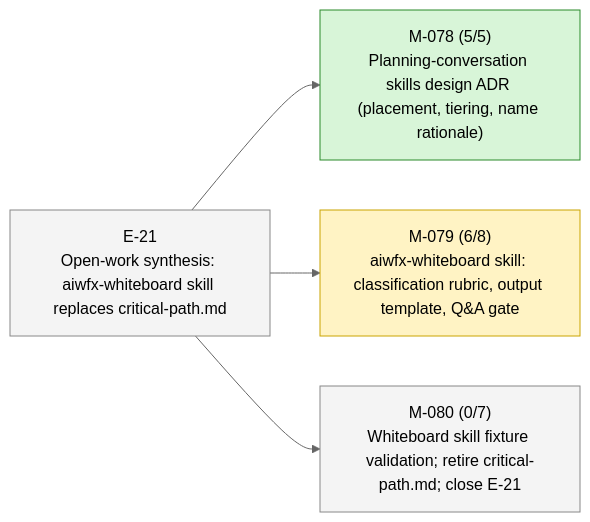
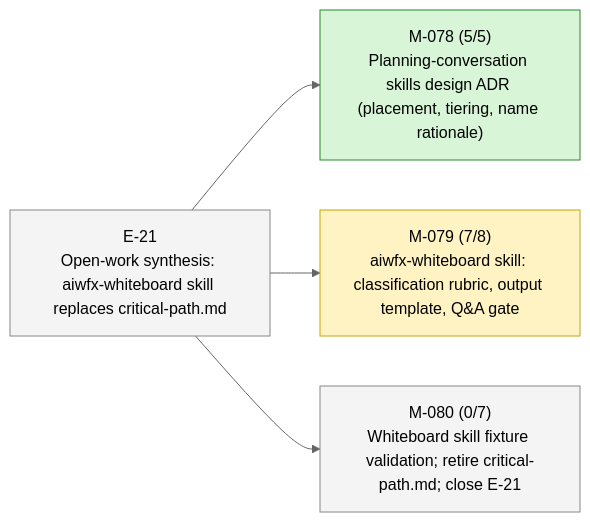
Before and after one commit to 23min/aiwf: the second of 2 diagrams in STATUS.md, drawn with Mermaid (neutral theme). The commit also changed other lines of this file and 1 other file, not shown here.

````diff
--- a/STATUS.md
+++ b/STATUS.md
@@ -47,16 +47,16 @@
 ```mermaid
 flowchart LR
   E_21["E-21<br/>Open-work synthesis: aiwfx-whiteboard skill replaces critical-path.md"]:::epic_proposed
   M_078["M-078 (5/5)<br/>Planning-conversation skills design ADR (placement, tiering, name rationale)"]:::ms_done
   E_21 --> M_078
-  M_079["M-079 (6/8)<br/>aiwfx-whiteboard skill: classification rubric, output template, Q&A gate"]:::ms_in_progress
+  M_079["M-079 (7/8)<br/>aiwfx-whiteboard skill: classification rubric, output template, Q&A gate"]:::ms_in_progress
   E_21 --> M_079
   M_080["M-080 (0/7)<br/>Whiteboard skill fixture validation; retire critical-path.md; close E-21"]:::ms_draft
   E_21 --> M_080
   classDef epic_active fill:#d6eaff,stroke:#1a73e8,color:#000
   classDef epic_proposed fill:#f4f4f4,stroke:#888,color:#000
   classDef ms_done fill:#d8f5d8,stroke:#2a8a2a,color:#000
   classDef ms_in_progress fill:#fff3c4,stroke:#caa400,color:#000
   classDef ms_draft fill:#f4f4f4,stroke:#888,color:#000
   classDef ms_cancelled fill:#fbeaea,stroke:#c33,color:#000
 ```
````
